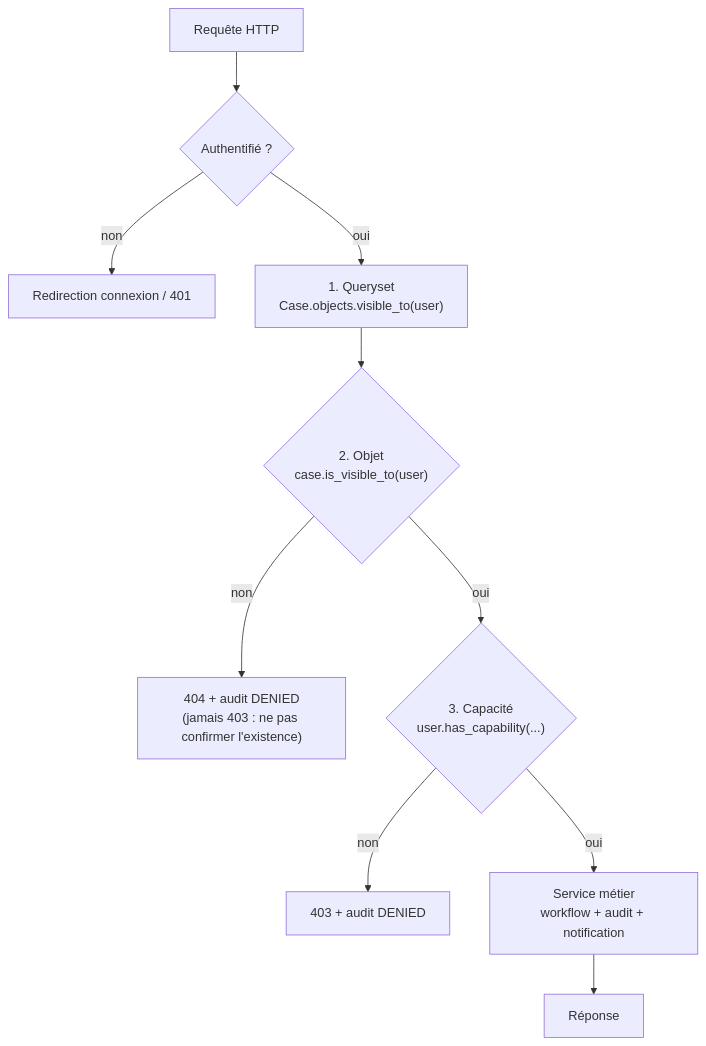
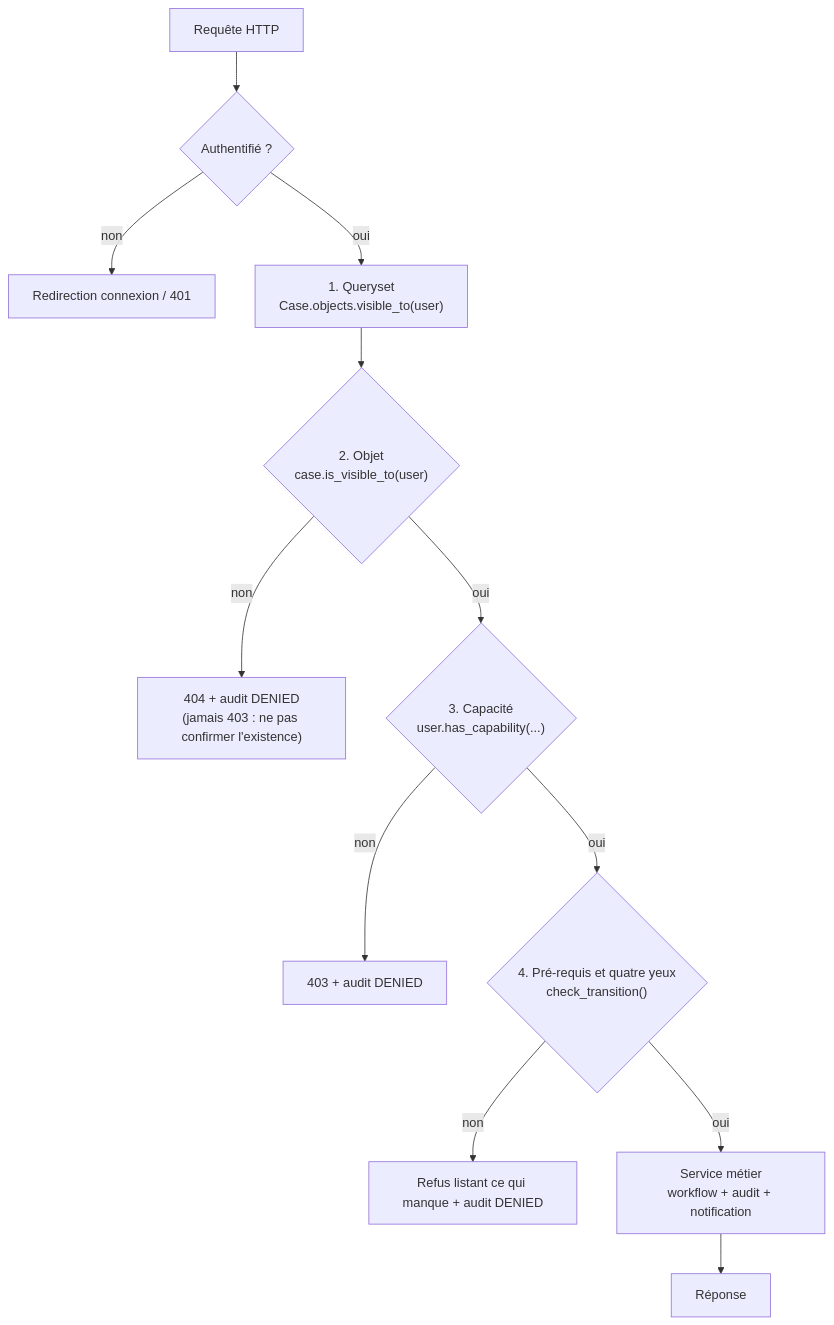
Before and after one commit to Faso-Shield/eVDP: the second of 2 diagrams in docs/diagrams/rbac.md, drawn with Mermaid. The commit also changed other lines of this file and 84 other files, not shown here.

````diff
--- a/docs/diagrams/rbac.md
+++ b/docs/diagrams/rbac.md
@@ -64,12 +74,14 @@
 ```mermaid
 flowchart TD
     REQ["Requête HTTP"] --> AUTH{"Authentifié ?"}
     AUTH -->|non| LOGIN["Redirection connexion / 401"]
     AUTH -->|oui| QS["1. Queryset<br/>Case.objects.visible_to(user)"]
     QS --> OBJ{"2. Objet<br/>case.is_visible_to(user)"}
     OBJ -->|non| NF["404 + audit DENIED<br/>(jamais 403 : ne pas confirmer l'existence)"]
     OBJ -->|oui| CAP{"3. Capacité<br/>user.has_capability(...)"}
     CAP -->|non| FORBID["403 + audit DENIED"]
-    CAP -->|oui| SVC["Service métier<br/>workflow + audit + notification"]
+    CAP -->|oui| WF{"4. Pré-requis et quatre yeux<br/>check_transition()"}
+    WF -->|non| REF["Refus listant ce qui manque + audit DENIED"]
+    WF -->|oui| SVC["Service métier<br/>workflow + audit + notification"]
     SVC --> OK["Réponse"]
 ```
````
